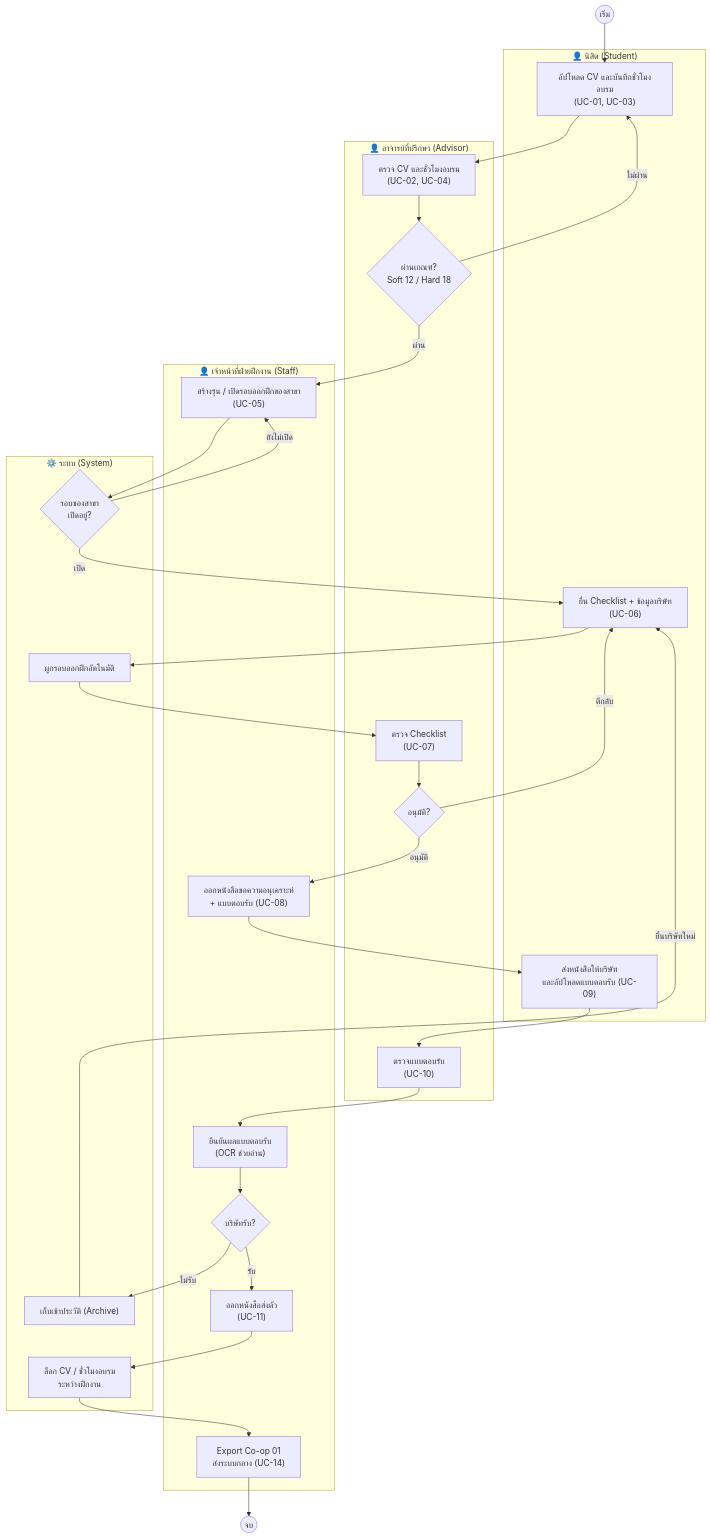
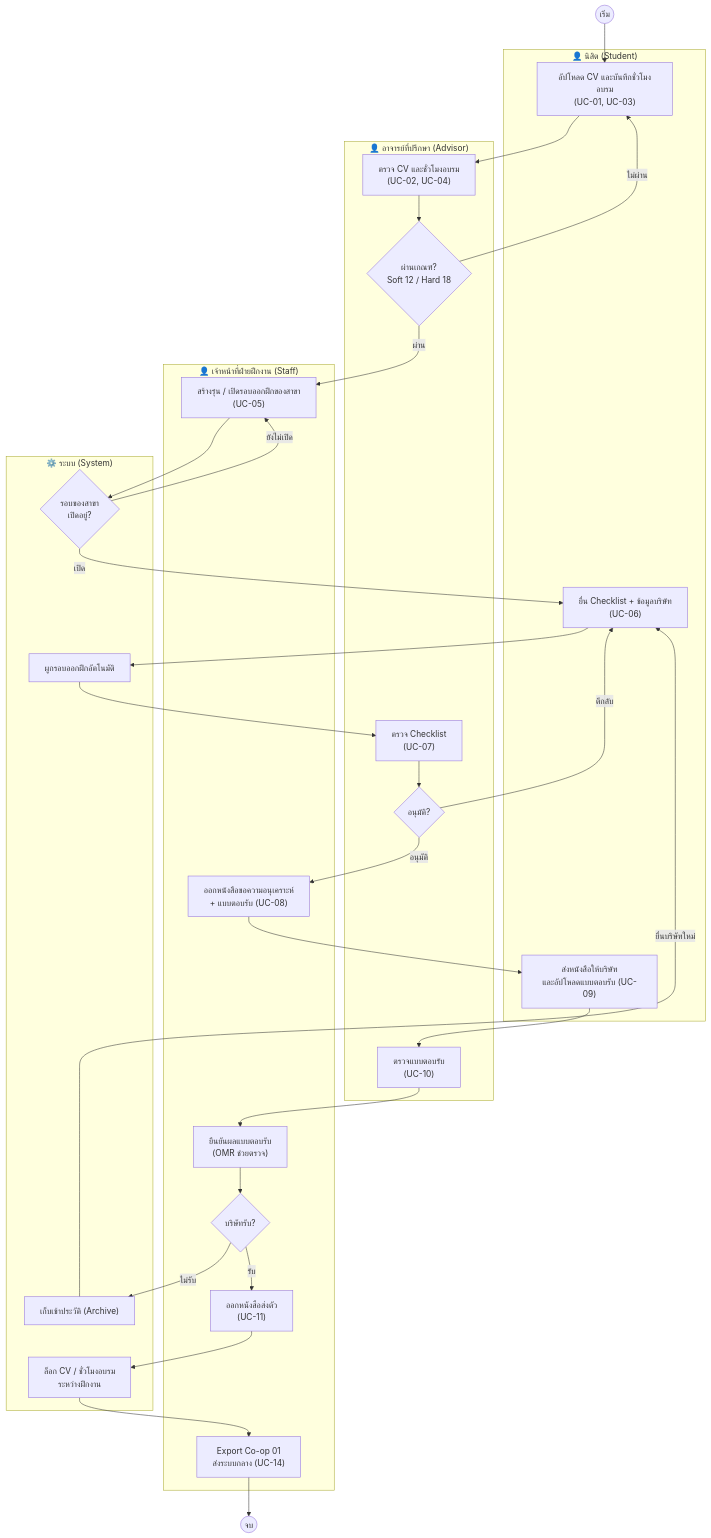
The diagram in docs/requirements/diagrams/09_ACTIVITY_DIAGRAM.md (Whyer2005/ICT_Internship_tracking_system), drawn with Mermaid before and after one commit. The commit also changed other lines of this file and 19 other files, not shown here.

Commit message:
แก้flow หนังสือส่งตัว (super admin เป็นคนส่งใบขอความอนุเคราะห์และแบบตอบรับเปล่าให้บริษัท)

````diff
--- a/docs/requirements/diagrams/09_ACTIVITY_DIAGRAM.md
+++ b/docs/requirements/diagrams/09_ACTIVITY_DIAGRAM.md
@@ -8,41 +8,41 @@
 ```mermaid
 flowchart TD
     START((เริ่ม)) --> A1
 
     subgraph L1["👤 นิสิต (Student)"]
         A1["อัปโหลด CV และบันทึกชั่วโมงอบรม<br/>(UC-01, UC-03)"]
         A4["ยื่น Checklist + ข้อมูลบริษัท<br/>(UC-06)"]
         A8["ส่งหนังสือให้บริษัท<br/>และอัปโหลดแบบตอบรับ (UC-09)"]
     end
     subgraph L2["👤 อาจารย์ที่ปรึกษา (Advisor)"]
         A2["ตรวจ CV และชั่วโมงอบรม<br/>(UC-02, UC-04)"]
         D1{"ผ่านเกณฑ์?<br/>Soft 12 / Hard 18"}
         A6["ตรวจ Checklist<br/>(UC-07)"]
         D3{"อนุมัติ?"}
         A9["ตรวจแบบตอบรับ<br/>(UC-10)"]
     end
     subgraph L3["👤 เจ้าหน้าที่ฝ่ายฝึกงาน (Staff)"]
         A3["สร้างรุ่น / เปิดรอบออกฝึกของสาขา<br/>(UC-05)"]
         A7["ออกหนังสือขอความอนุเคราะห์<br/>+ แบบตอบรับ (UC-08)"]
-        A10["ยืนยันผลแบบตอบรับ<br/>(OCR ช่วยอ่าน)"]
+        A10["ยืนยันผลแบบตอบรับ<br/>(OMR ช่วยตรวจ)"]
         D4{"บริษัทรับ?"}
         A12["ออกหนังสือส่งตัว<br/>(UC-11)"]
         A14["Export Co-op 01<br/>ส่งระบบกลาง (UC-14)"]
     end
     subgraph L4["⚙️ ระบบ (System)"]
         D2{"รอบของสาขา<br/>เปิดอยู่?"}
         A5["ผูกรอบออกฝึกอัตโนมัติ"]
         A11["เก็บเข้าประวัติ (Archive)"]
         A13["ล็อก CV / ชั่วโมงอบรม<br/>ระหว่างฝึกงาน"]
     end
 
     A1 --> A2 --> D1
     D1 -- ไม่ผ่าน --> A1
     D1 -- ผ่าน --> A3 --> D2
     D2 -- ยังไม่เปิด --> A3
     D2 -- เปิด --> A4 --> A5 --> A6 --> D3
     D3 -- ตีกลับ --> A4
     D3 -- อนุมัติ --> A7 --> A8 --> A9 --> A10 --> D4
     D4 -- ไม่รับ --> A11 -- ยื่นบริษัทใหม่ --> A4
     D4 -- รับ --> A12 --> A13 --> A14 --> END((จบ))
 ```
````
